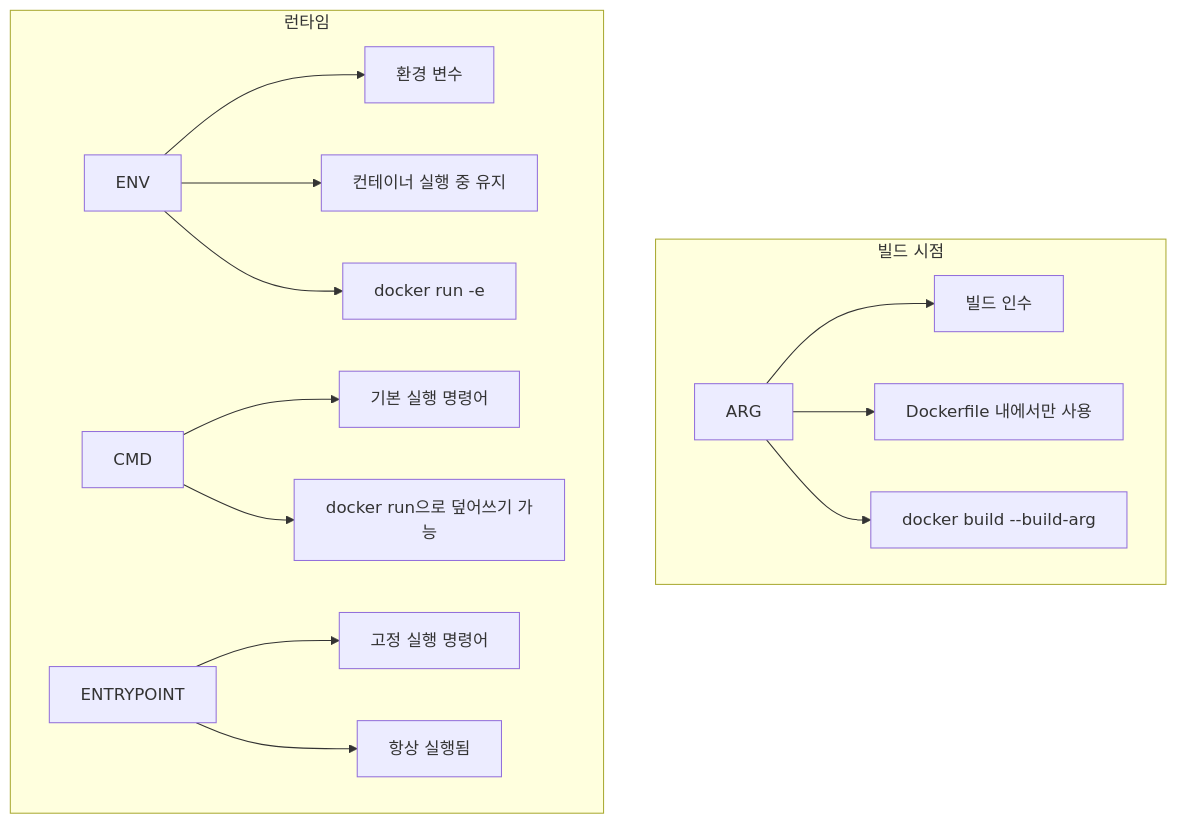
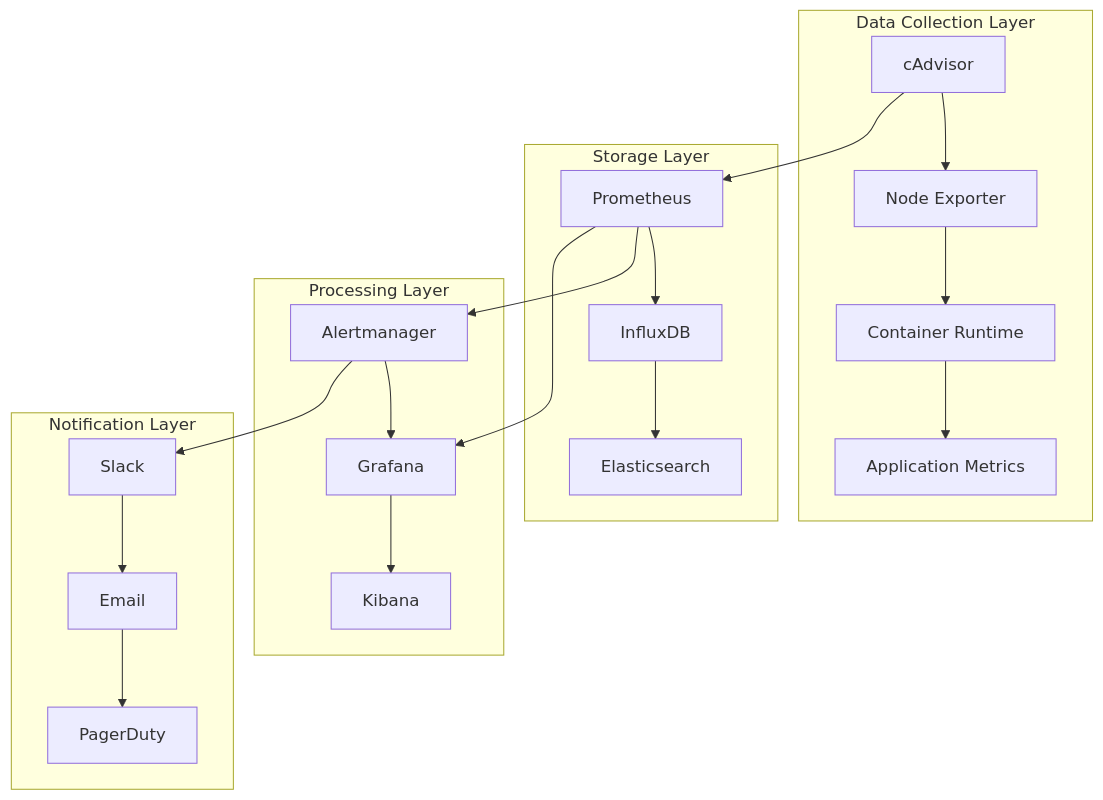
The first of 2 diagrams in week_02/day_02/session_05.md (niceguy61/kdt_devops_lecture_2025), drawn with Mermaid before and after one commit. The commit also changed other lines of this file and 41 other files, not shown here.

````diff
--- a/week_02/day_02/session_05.md
+++ b/week_02/day_02/session_05.md
@@ -15,20 +15,28 @@
 ```mermaid
 graph TB
-    subgraph "빌드 시점"
-        A[ARG] --> B[빌드 인수]
-        A --> C[Dockerfile 내에서만 사용]
-        A --> D[docker build --build-arg]
+    subgraph "Data Collection Layer"
+        A[cAdvisor] --> B[Node Exporter]
+        B --> C[Container Runtime]
+        C --> D[Application Metrics]
     end
     
-    subgraph "런타임"
-        E[ENV] --> F[환경 변수]
-        E --> G[컨테이너 실행 중 유지]
-        E --> H[docker run -e]
-        
-        I[CMD] --> J[기본 실행 명령어]
-        I --> K[docker run으로 덮어쓰기 가능]
-        
-        L[ENTRYPOINT] --> M[고정 실행 명령어]
-        L --> N[항상 실행됨]
+    subgraph "Storage Layer"
+        E[Prometheus] --> F[InfluxDB]
+        F --> G[Elasticsearch]
     end
+    
+    subgraph "Processing Layer"
+        H[Alertmanager] --> I[Grafana]
+        I --> J[Kibana]
+    end
+    
+    subgraph "Notification Layer"
+        K[Slack] --> L[Email]
+        L --> M[PagerDuty]
+    end
+    
+    A --> E
+    E --> H
+    H --> K
+    E --> I
 ```
````
